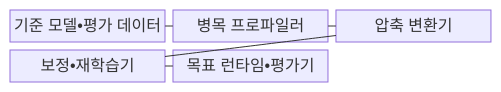
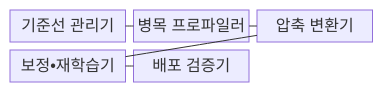
One commit to agnusdei1207/knowledge-base changed the first of 2 diagrams in src/content/docs/notes/08-latest-tech/054_model_compression.md. Above: the diagram before and after it, drawn with Mermaid. The commit also changed other lines of this file and 20 other files, not shown here.

````diff
--- a/src/content/docs/notes/08-latest-tech/054_model_compression.md
+++ b/src/content/docs/notes/08-latest-tech/054_model_compression.md
@@ -70,13 +70,13 @@
 ```mermaid
 block-beta
   columns 3
-  A["기준 모델•평가 데이터"]
+  A["기준선 관리기"]
   B["병목 프로파일러"]
   C["압축 변환기"]
   D["보정•재학습기"]
-  E["목표 런타임•평가기"]
+  E["배포 검증기"]
   A --- B
   B --- C
   C --- D
   D --- E
 ```
````
